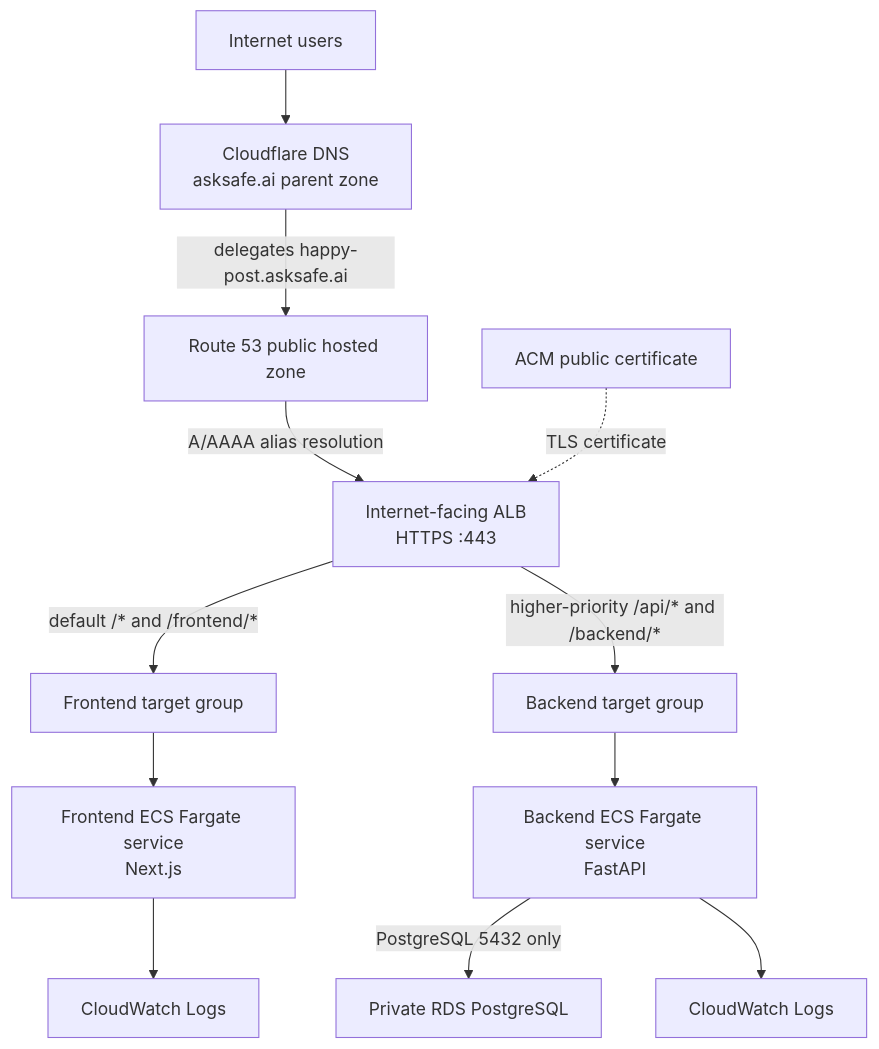
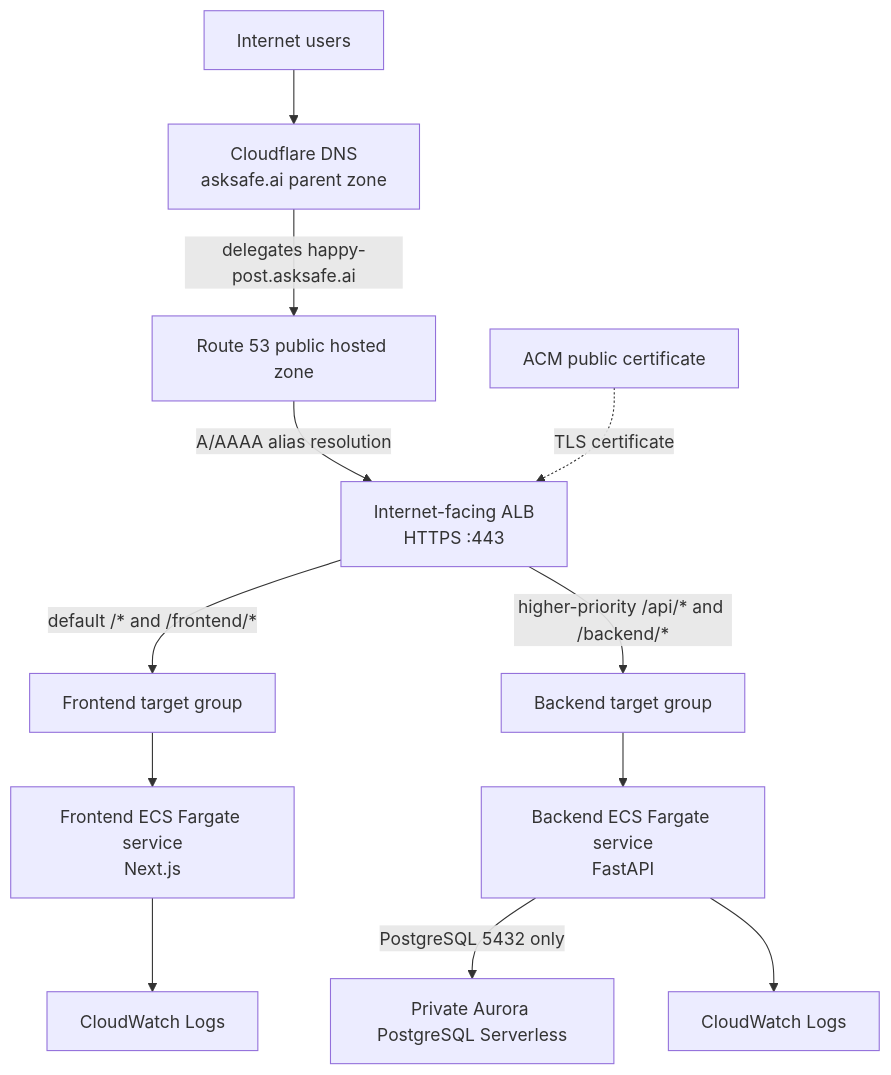
One commit to afaryy/happy-post changed the diagram in docs/diagrams/solution-architecture.mmd. Above: the diagram before and after it, drawn with Mermaid. The commit also changed 21 other files, not shown here.

Commit message:
feat: add Aurora Serverless data stack

```diff
--- a/docs/diagrams/solution-architecture.mmd
+++ b/docs/diagrams/solution-architecture.mmd
@@ -1,12 +1,12 @@
 flowchart TB
     users[Internet users] --> cloudflare[Cloudflare DNS<br/>asksafe.ai parent zone]
     cloudflare -->|delegates happy-post.asksafe.ai| route53[Route 53 public hosted zone]
     route53 -->|A/AAAA alias resolution| alb[Internet-facing ALB<br/>HTTPS :443]
     acm[ACM public certificate] -. "TLS certificate" .-> alb
     alb -->|default /* and /frontend/*| frontend_tg[Frontend target group]
     alb -->|higher-priority /api/* and /backend/*| backend_tg[Backend target group]
     frontend_tg --> frontend[Frontend ECS Fargate service<br/>Next.js]
     backend_tg --> backend[Backend ECS Fargate service<br/>FastAPI]
-    backend -->|PostgreSQL 5432 only| rds[Private RDS PostgreSQL]
+    backend -->|PostgreSQL 5432 only| aurora[Private Aurora PostgreSQL Serverless]
     frontend --> frontend_logs[CloudWatch Logs]
     backend --> backend_logs[CloudWatch Logs]
```
